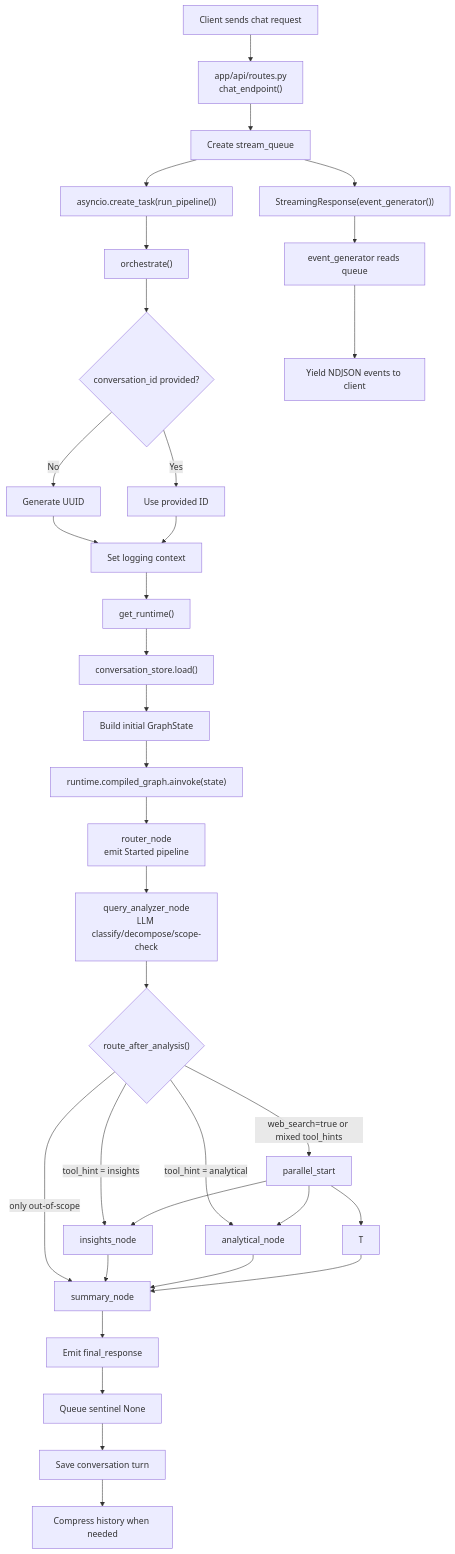
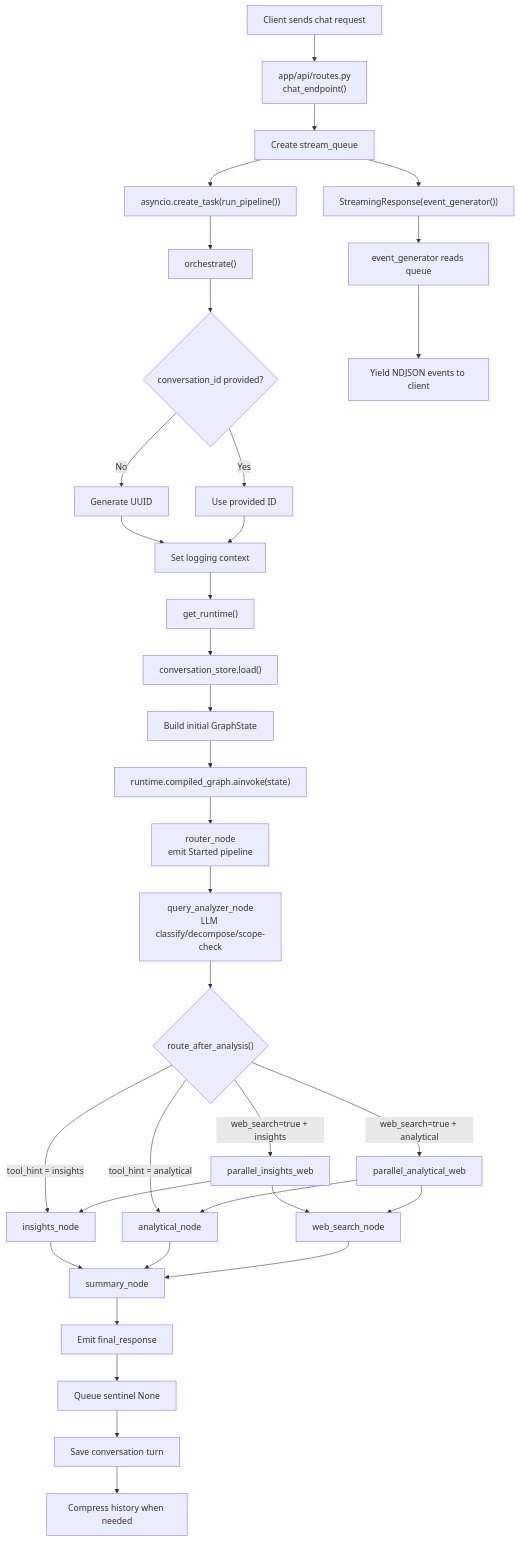
Before and after one commit to crimsonKn1ght/llm-app-agent-data-science_v1: the second of 4 diagrams in documentation/architecture_overview.md, drawn with Mermaid. The commit also changed other lines of this file and 13 other files, not shown here.

First line of the commit message:
Harden beta chat workflow and request-owned web search

````diff
--- a/documentation/architecture_overview.md
+++ b/documentation/architecture_overview.md
@@ -67,44 +67,45 @@
 ```mermaid
 flowchart TD
     A["Client sends chat request"] --> B["app/api/routes.py<br/>chat_endpoint()"]
     B --> C["Create stream_queue"]
     C --> D["asyncio.create_task(run_pipeline())"]
     C --> E["StreamingResponse(event_generator())"]
 
     D --> F["orchestrate()"]
     F --> G{"conversation_id provided?"}
     G -- "No" --> H["Generate UUID"]
     G -- "Yes" --> I["Use provided ID"]
     H --> J["Set logging context"]
     I --> J
 
     J --> K["get_runtime()"]
     K --> L["conversation_store.load()"]
     L --> M["Build initial GraphState"]
     M --> N["runtime.compiled_graph.ainvoke(state)"]
 
     N --> O["router_node<br/>emit Started pipeline"]
     O --> P["query_analyzer_node<br/>LLM classify/decompose/scope-check"]
     P --> Q{"route_after_analysis()"}
 
     Q -- "tool_hint = insights" --> R["insights_node"]
     Q -- "tool_hint = analytical" --> S["analytical_node"]
-    Q -- "web_search=true or mixed tool_hints" --> U["parallel_start"]
-    Q -- "only out-of-scope" --> V["summary_node"]
+    Q -- "web_search=true + insights" --> U1["parallel_insights_web"]
+    Q -- "web_search=true + analytical" --> U2["parallel_analytical_web"]
 
-    U --> R
-    U --> S
-    U --> T
+    U1 --> R
+    U1 --> T["web_search_node"]
+    U2 --> S
+    U2 --> T
 
-    R --> V
+    R --> V["summary_node"]
     S --> V
     T --> V
 
     V --> W["Emit final_response"]
     W --> X["Queue sentinel None"]
     X --> Y["Save conversation turn"]
     Y --> Z["Compress history when needed"]
 
     E --> AA["event_generator reads queue"]
     AA --> AB["Yield NDJSON events to client"]
 ```
````
